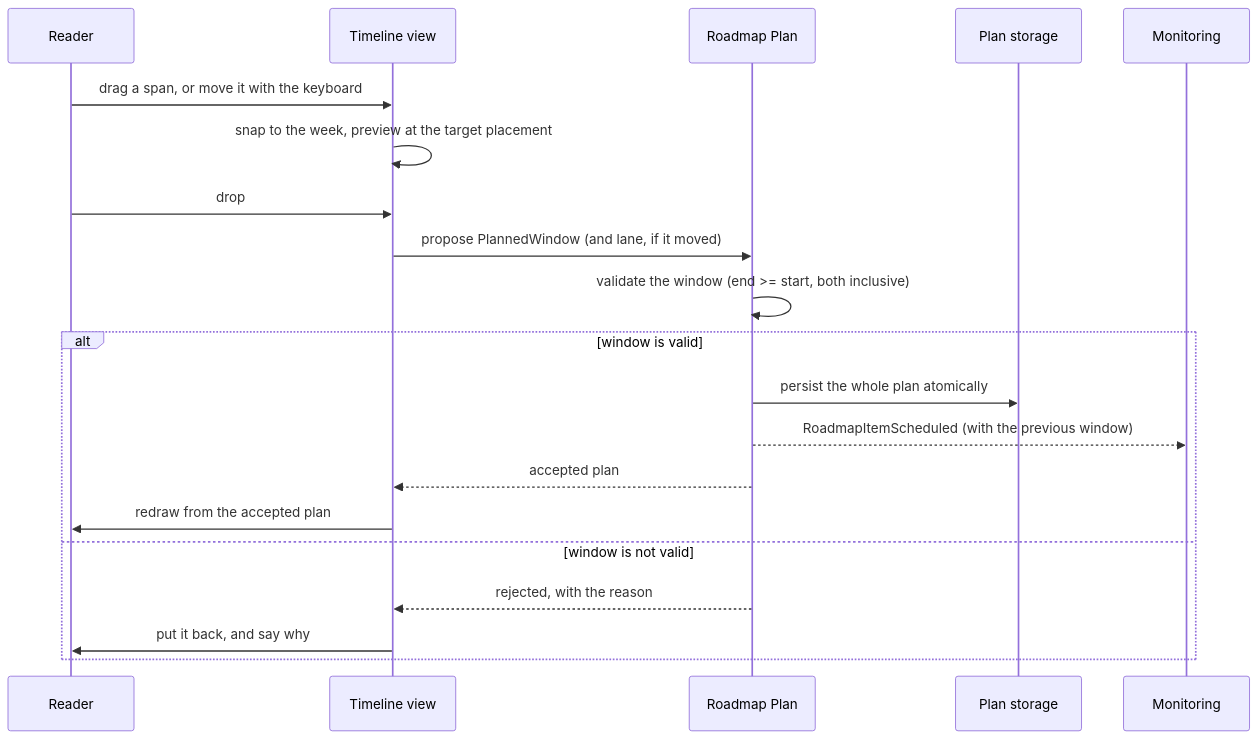
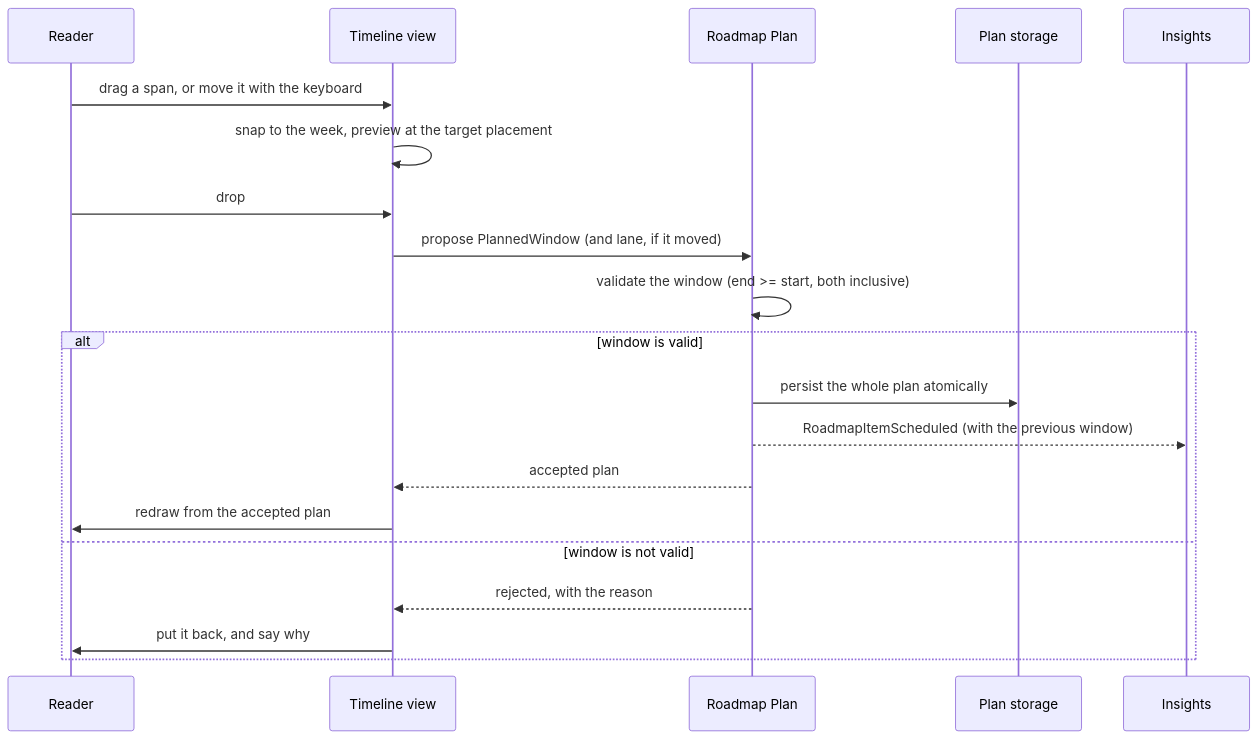
The fourth of 7 diagrams in .devbook/domain/roadmap/features.md (JSdotNet/Backlog), drawn with Mermaid before and after one commit. The commit also changed other lines of this file and 48 other files, not shown here.

First line of the commit message:
docs(devbook): merge Monitoring into Productivity as Insights under ADR 0073

````diff
--- a/.devbook/domain/roadmap/features.md
+++ b/.devbook/domain/roadmap/features.md
@@ -389,23 +389,23 @@
 ```mermaid
 sequenceDiagram
     participant Reader
     participant View as Timeline view
     participant Plan as Roadmap Plan
     participant Store as Plan storage
-    participant Monitor as Monitoring
+    participant Monitor as Insights
 
     Reader->>View: drag a span, or move it with the keyboard
     View->>View: snap to the week, preview at the target placement
     Reader->>View: drop
     View->>Plan: propose PlannedWindow (and lane, if it moved)
     Plan->>Plan: validate the window (end >= start, both inclusive)
     alt window is valid
         Plan->>Store: persist the whole plan atomically
         Plan-->>Monitor: RoadmapItemScheduled (with the previous window)
         Plan-->>View: accepted plan
         View->>Reader: redraw from the accepted plan
     else window is not valid
         Plan-->>View: rejected, with the reason
         View->>Reader: put it back, and say why
     end
 ```
````
